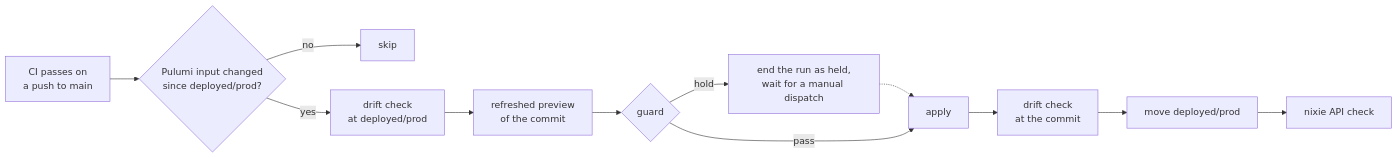
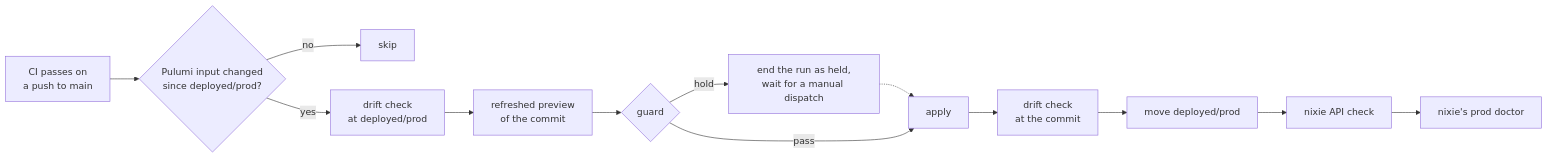
The diagram in docs/architecture/infrastructure-as-code.md (zgeoff/cloud), drawn with Mermaid before and after one commit. The commit also changed 37 other files, not shown here.

First line of the commit message:
feat(nixie): run nixie's prod doctor after each prod apply (#1127)

````diff
--- a/docs/architecture/infrastructure-as-code.md
+++ b/docs/architecture/infrastructure-as-code.md
@@ -111,14 +111,15 @@
 ```mermaid
 flowchart LR
   CI["CI passes on<br>a push to main"] --> F{"Pulumi input changed<br>since deployed/prod?"}
   F -->|no| SK["skip"]
   F -->|yes| D1["drift check<br>at deployed/prod"]
   D1 --> P["refreshed preview<br>of the commit"]
   P --> G{"guard"}
   G -->|hold| H["end the run as held,<br>wait for a manual dispatch"]
   H -.-> U
   G -->|pass| U["apply"]
   U --> D2["drift check<br>at the commit"]
   D2 --> T["move deployed/prod"]
   T --> N["nixie API check"]
+  N --> ND["nixie's prod doctor"]
 ```
````
